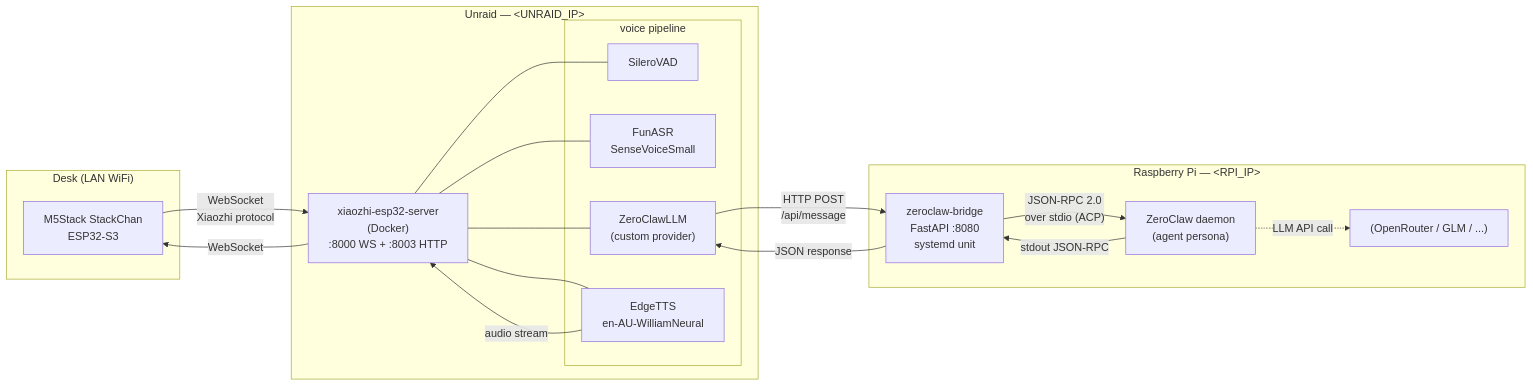
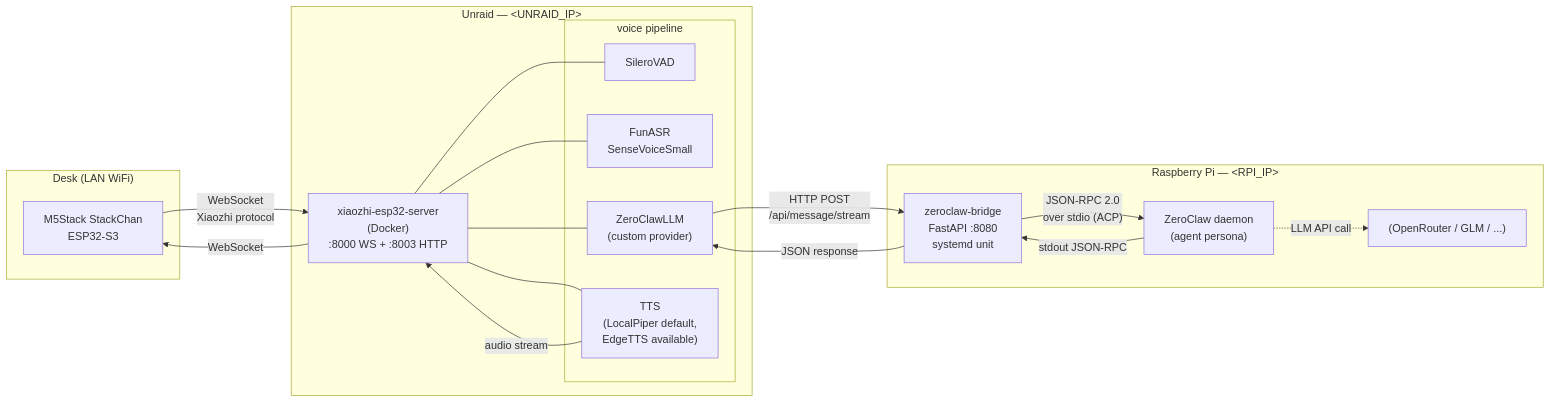
Before and after one commit to BrettKinny/dotty-stackchan: the first of 3 diagrams in README.md, drawn with Mermaid. The commit also changed other lines of this file and 11 other files, not shown here.

````diff
--- a/README.md
+++ b/README.md
@@ -71,32 +73,32 @@
 ```mermaid
 flowchart LR
     subgraph Desk["Desk (LAN WiFi)"]
         SC["M5Stack StackChan<br/>ESP32-S3"]
     end
 
     subgraph Unraid["Unraid — &lt;UNRAID_IP&gt;"]
         XZ["xiaozhi-esp32-server<br/>(Docker)<br/>:8000 WS + :8003 HTTP"]
         subgraph XZMods["voice pipeline"]
             VAD["SileroVAD"]
             ASR["FunASR<br/>SenseVoiceSmall"]
             LLM["ZeroClawLLM<br/>(custom provider)"]
-            TTS["EdgeTTS<br/>en-AU-WilliamNeural"]
+            TTS["TTS<br/>(LocalPiper default,<br/>EdgeTTS available)"]
         end
     end
 
     subgraph RPi["Raspberry Pi — &lt;RPI_IP&gt;"]
         Bridge["zeroclaw-bridge<br/>FastAPI :8080<br/>systemd unit"]
         ZC["ZeroClaw daemon<br/>(agent persona)"]
         Cloud["(OpenRouter / GLM / ...)"]
     end
 
     SC -->|"WebSocket<br/>Xiaozhi protocol"| XZ
     XZ --- VAD & ASR & LLM & TTS
-    LLM -->|"HTTP POST<br/>/api/message"| Bridge
+    LLM -->|"HTTP POST<br/>/api/message/stream"| Bridge
     Bridge -->|"JSON-RPC 2.0<br/>over stdio (ACP)"| ZC
     ZC -.->|"LLM API call"| Cloud
     ZC -->|"stdout JSON-RPC"| Bridge
     Bridge -->|"JSON response"| LLM
     TTS -->|"audio stream"| XZ
     XZ -->|"WebSocket"| SC
 ```
````
